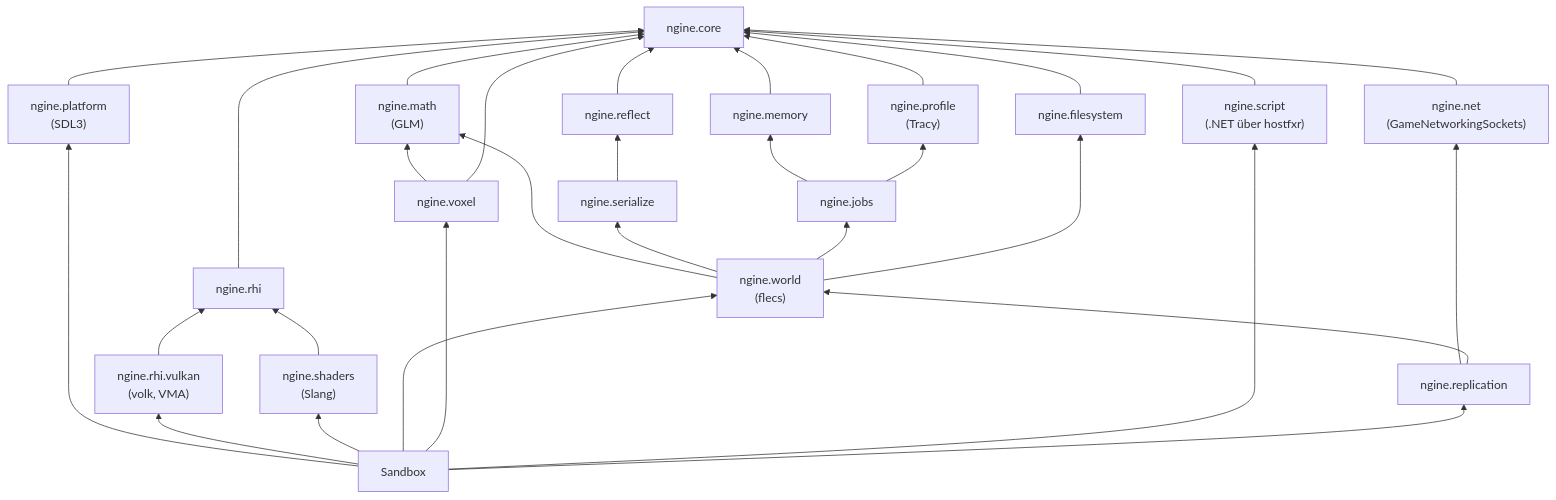
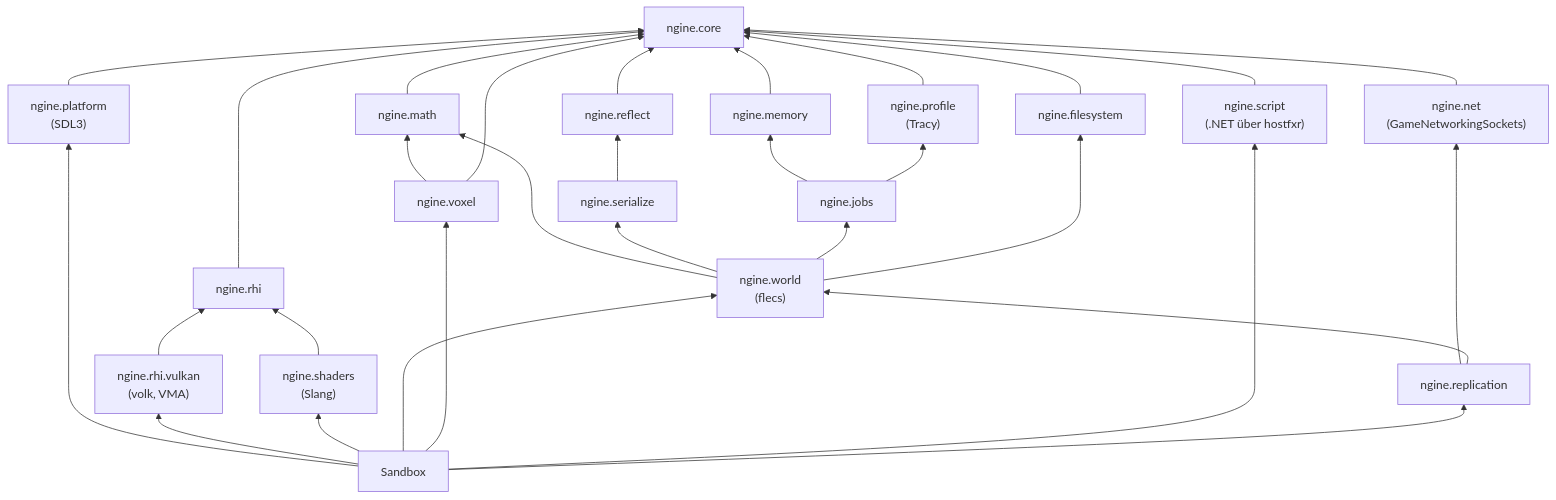
Before and after one commit to viiez/ngine: the second of 10 diagrams in docs/architecture.md, drawn with Mermaid. The commit also changed other lines of this file and 19 other files, not shown here.

````diff
--- a/docs/architecture.md
+++ b/docs/architecture.md
@@ -48,50 +48,50 @@
 ```mermaid
 flowchart BT
     core["ngine.core"]
     memory["ngine.memory"]
     jobs["ngine.jobs"]
     profile["ngine.profile<br/>(Tracy)"]
     platform["ngine.platform<br/>(SDL3)"]
     rhi["ngine.rhi"]
     vulkan["ngine.rhi.vulkan<br/>(volk, VMA)"]
     shaders["ngine.shaders<br/>(Slang)"]
     fs["ngine.filesystem"]
     reflect["ngine.reflect"]
     serialize["ngine.serialize"]
     world["ngine.world<br/>(flecs)"]
     voxel["ngine.voxel"]
     script["ngine.script<br/>(.NET über hostfxr)"]
     net["ngine.net<br/>(GameNetworkingSockets)"]
     replication["ngine.replication"]
     sandbox["Sandbox"]
-    math["ngine.math<br/>(GLM)"]
+    math["ngine.math"]
     math --> core
     world --> math
     voxel --> math
     fs --> core
     reflect --> core
     serialize --> reflect
     world --> serialize
     world --> jobs
     world --> fs
     memory --> core
     jobs --> memory
     jobs --> profile
     profile --> core
     platform --> core
     rhi --> core
     vulkan --> rhi
     shaders --> rhi
     sandbox --> platform
     sandbox --> vulkan
     sandbox --> shaders
     sandbox --> world
     voxel --> core
     sandbox --> voxel
     script --> core
     sandbox --> script
     net --> core
     replication --> net
     replication --> world
     sandbox --> replication
 ```
````
